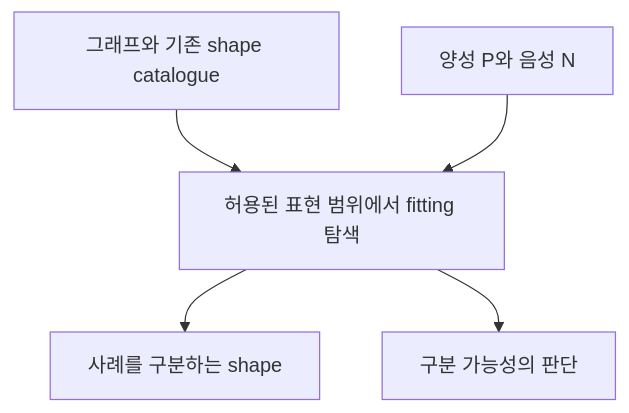
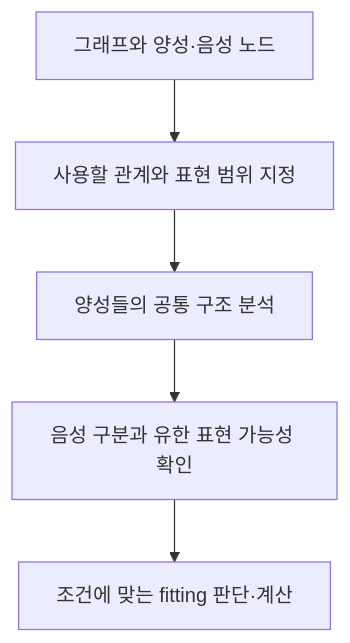
The diagram in docs/journal/2026-10-16-review-shapes-from-examples.md (shinysong/shacl-graphrag), drawn with Mermaid before and after one commit. The commit also changed other lines of this file and 5 other files, not shown here.

Commit message:
Expand five standalone reviews with methods, implementation and data flow

````diff
--- a/docs/journal/2026-10-16-review-shapes-from-examples.md
+++ b/docs/journal/2026-10-16-review-shapes-from-examples.md
@@ -9,7 +43,7 @@
 ```mermaid
 flowchart TD
-    A[그래프와 기존 shape catalogue] --> C[허용된 표현 범위에서 fitting 탐색]
-    B[양성 P와 음성 N] --> C
-    C --> D[사례를 구분하는 shape]
-    C --> E[구분 가능성의 판단]
+    A[그래프와 양성·음성 노드] --> B[사용할 관계와 표현 범위 지정]
+    B --> C[양성들의 공통 구조 분석]
+    C --> D[음성 구분과 유한 표현 가능성 확인]
+    D --> E[조건에 맞는 fitting 판단·계산]
 ```
````
